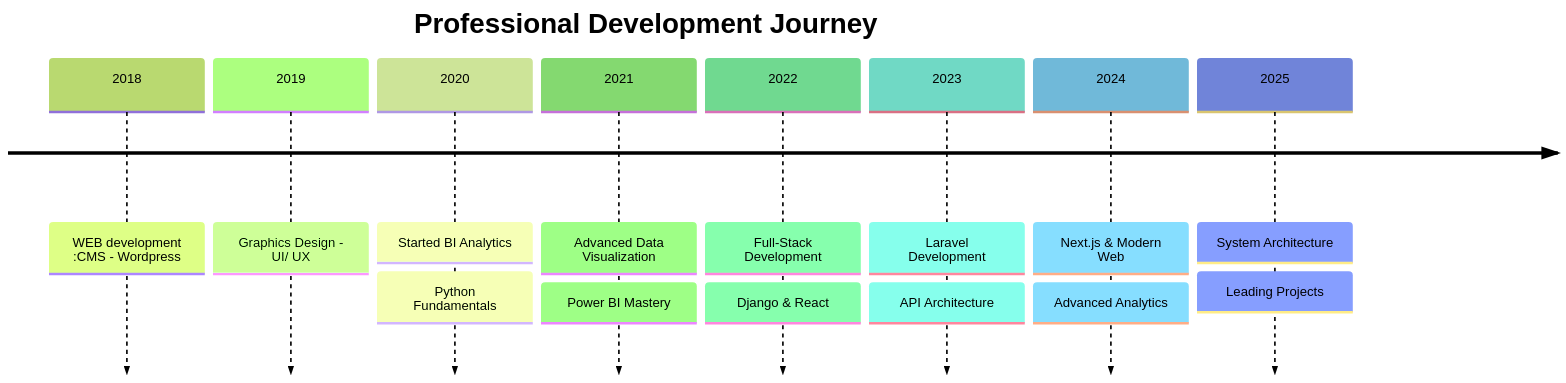
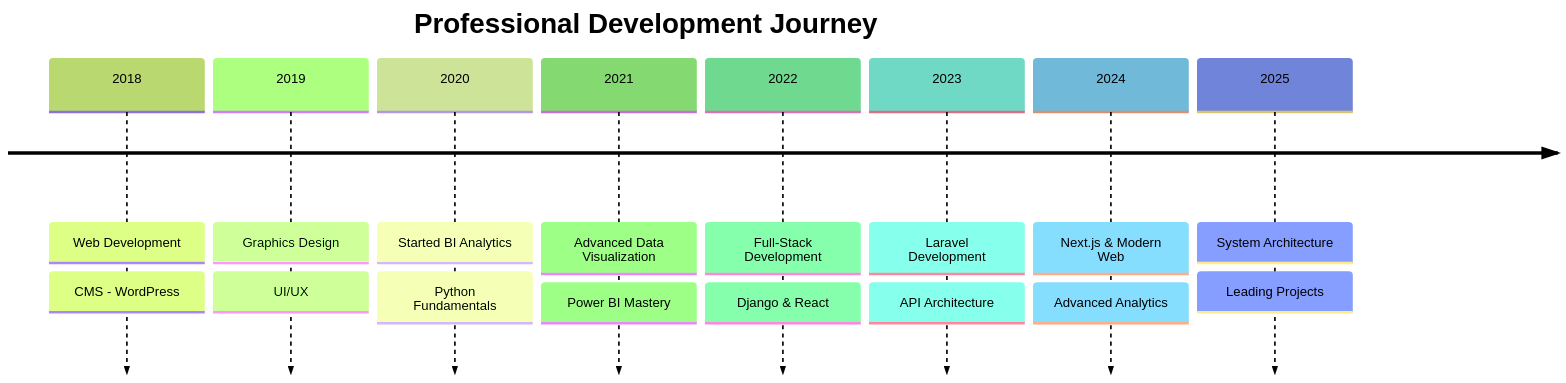
One commit to stevescilar/stevescilar changed the second of 4 diagrams in README.md. Above: the diagram before and after it, drawn with Mermaid (forest theme). The commit also changed other lines of this file, not shown here.

````diff
--- a/README.md
+++ b/README.md
@@ -226,12 +228,12 @@
 ```mermaid
 timeline
     title Professional Development Journey
-    2018 : WEB development :CMS -  Wordpress
-    2019 : Graphics Design -  UI/ UX
+    2018 : Web Development : CMS - WordPress
+    2019 : Graphics Design : UI/UX
     2020 : Started BI Analytics : Python Fundamentals
     2021 : Advanced Data Visualization : Power BI Mastery
     2022 : Full-Stack Development : Django & React
     2023 : Laravel Development : API Architecture
     2024 : Next.js & Modern Web : Advanced Analytics
     2025 : System Architecture : Leading Projects
 ```
````
